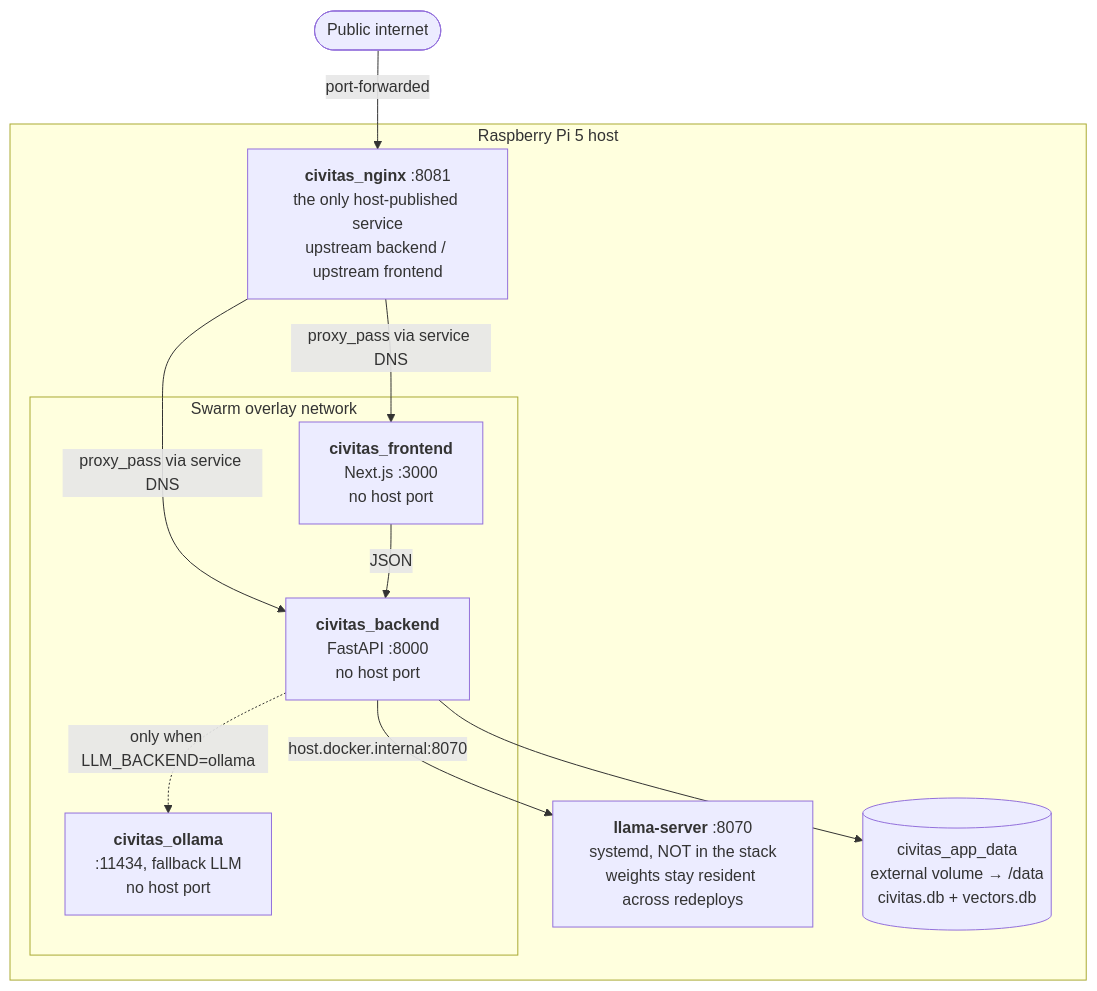
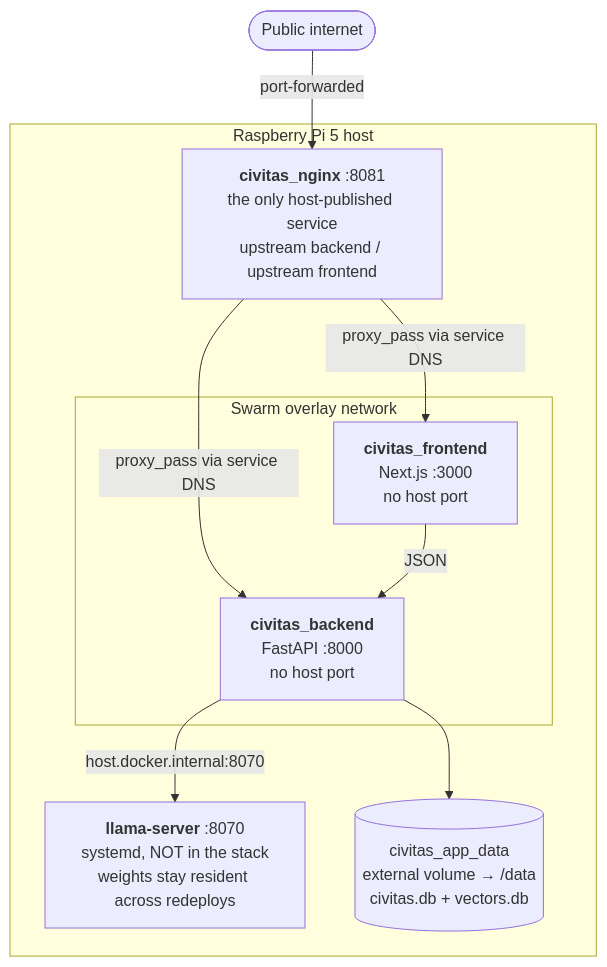
One commit to kamoras/civitas changed the first of 2 diagrams in docs/diagrams/08-deployment.md. Above: the diagram before and after it, drawn with Mermaid. The commit also changed other lines of this file and 6 other files, not shown here.

````diff
--- a/docs/diagrams/08-deployment.md
+++ b/docs/diagrams/08-deployment.md
@@ -9,24 +9,22 @@
 ```mermaid
 flowchart TB
     NET(["Public internet"]) -->|"port-forwarded"| NGINX
 
     subgraph HOST["Raspberry Pi 5 host"]
         NGINX["<b>civitas_nginx</b> :8081<br/>the only host-published service<br/>upstream backend / upstream frontend"]
 
         subgraph OVERLAY["Swarm overlay network"]
             BE["<b>civitas_backend</b><br/>FastAPI :8000<br/>no host port"]
             FE["<b>civitas_frontend</b><br/>Next.js :3000<br/>no host port"]
-            OL["<b>civitas_ollama</b><br/>:11434, fallback LLM<br/>no host port"]
         end
 
         LLAMA["<b>llama-server</b> :8070<br/>systemd, NOT in the stack<br/>weights stay resident across redeploys"]
         VOL[("civitas_app_data<br/>external volume → /data<br/>civitas.db + vectors.db")]
     end
 
     NGINX -->|"proxy_pass via service DNS"| BE
     NGINX -->|"proxy_pass via service DNS"| FE
     FE -->|"JSON"| BE
     BE -->|"host.docker.internal:8070"| LLAMA
-    BE -.->|"only when LLM_BACKEND=ollama"| OL
     BE --> VOL
 ```
````
